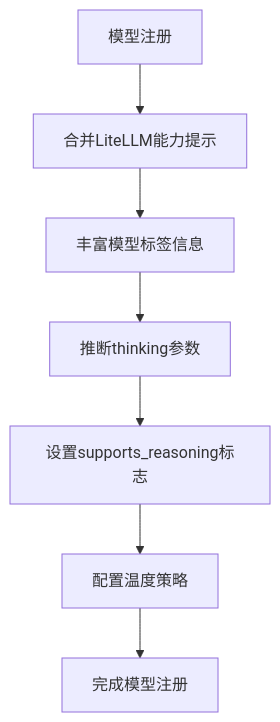
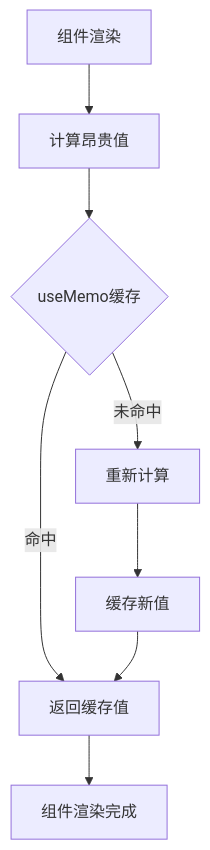
Before and after one commit to tianyehedashu/ai-agent: diagram 13 of 20 in .qoder/repowiki/zh/content/网关服务架构/网关服务架构.md, drawn with Mermaid. The commit also changed other lines of this file and 50 other files, not shown here.

````diff
--- a/.qoder/repowiki/zh/content/网关服务架构/网关服务架构.md
+++ b/.qoder/repowiki/zh/content/网关服务架构/网关服务架构.md
@@ -526,9 +604,10 @@
 ```mermaid
 flowchart TD
-A["模型注册"] --> B["合并LiteLLM能力提示"]
-B --> C["丰富模型标签信息"]
-C --> D["推断thinking参数"]
-D --> E["设置supports_reasoning标志"]
-E --> F["配置温度策略"]
-F --> G["完成模型注册"]
+A["组件渲染"] --> B["计算昂贵值"]
+B --> C{"useMemo缓存"}
+C --> |命中| D["返回缓存值"]
+C --> |未命中| E["重新计算"]
+E --> F["缓存新值"]
+F --> D
+D --> G["组件渲染完成"]
 ```
````
